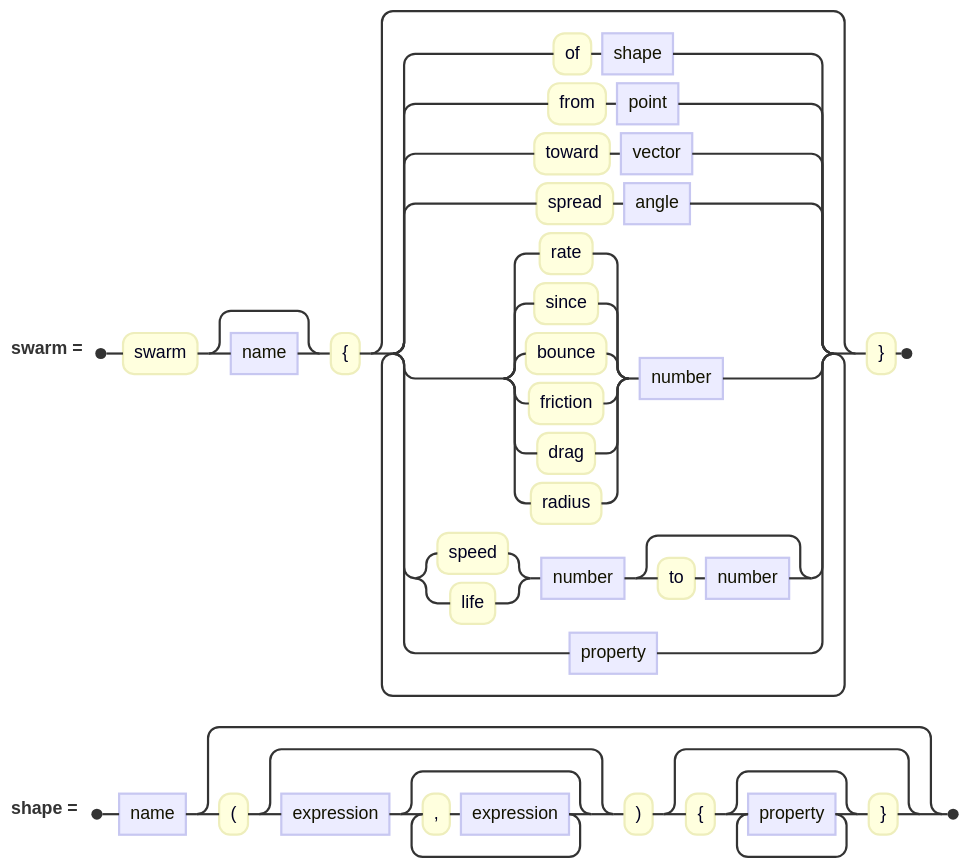
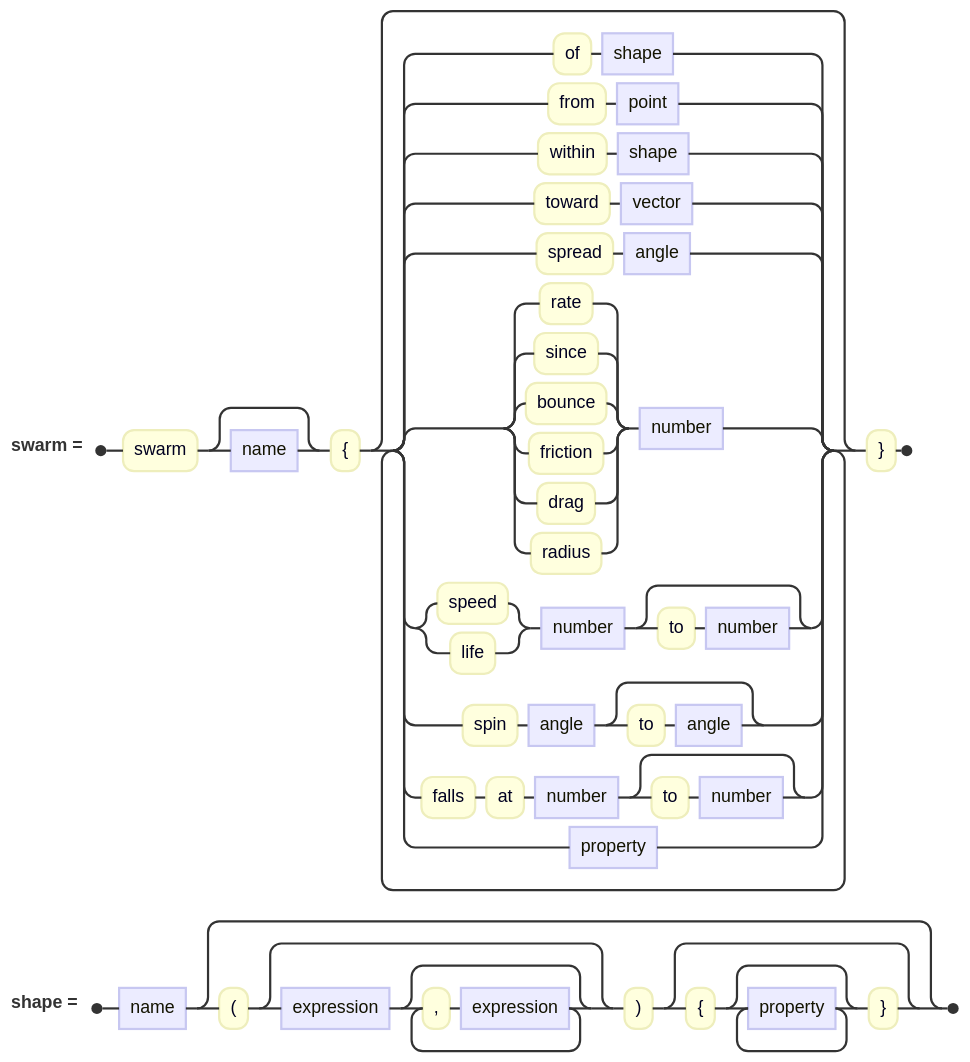
Before and after one commit to jskress/RayTracer: the diagram in docs/diagrams/animation/swarmClause.mmd, drawn with Mermaid. The commit also changed 21 other files, not shown here.

First line of the commit message:
Swarms from within a shape, tumbling copies, and a fall of leaves

```diff
--- a/docs/diagrams/animation/swarmClause.mmd
+++ b/docs/diagrams/animation/swarmClause.mmd
@@ -1,8 +1,9 @@
 railroad-ebnf-beta
 title "A swarm"
 
-swarm = "swarm" [ name ] "{" { "of" shape | "from" point | "toward" vector | "spread" angle
+swarm = "swarm" [ name ] "{" { "of" shape | "from" point | "within" shape | "toward" vector | "spread" angle
       | ( "rate" | "since" | "bounce" | "friction" | "drag" | "radius" ) number
-      | ( "speed" | "life" ) number [ "to" number ] | property } "}" ;
+      | ( "speed" | "life" ) number [ "to" number ] | "spin" angle [ "to" angle ]
+      | "falls" "at" number [ "to" number ] | property } "}" ;
 
 shape = name [ "(" [ expression { "," expression } ] ")" [ "{" { property } "}" ] ] ;
```
